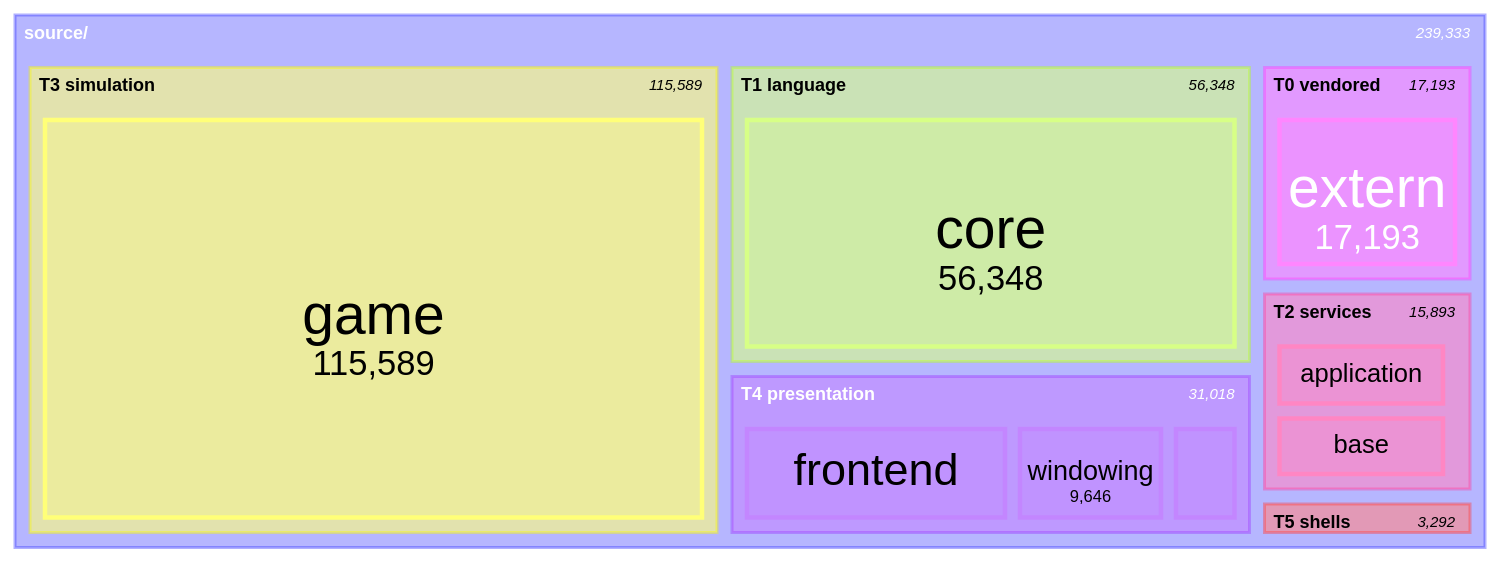
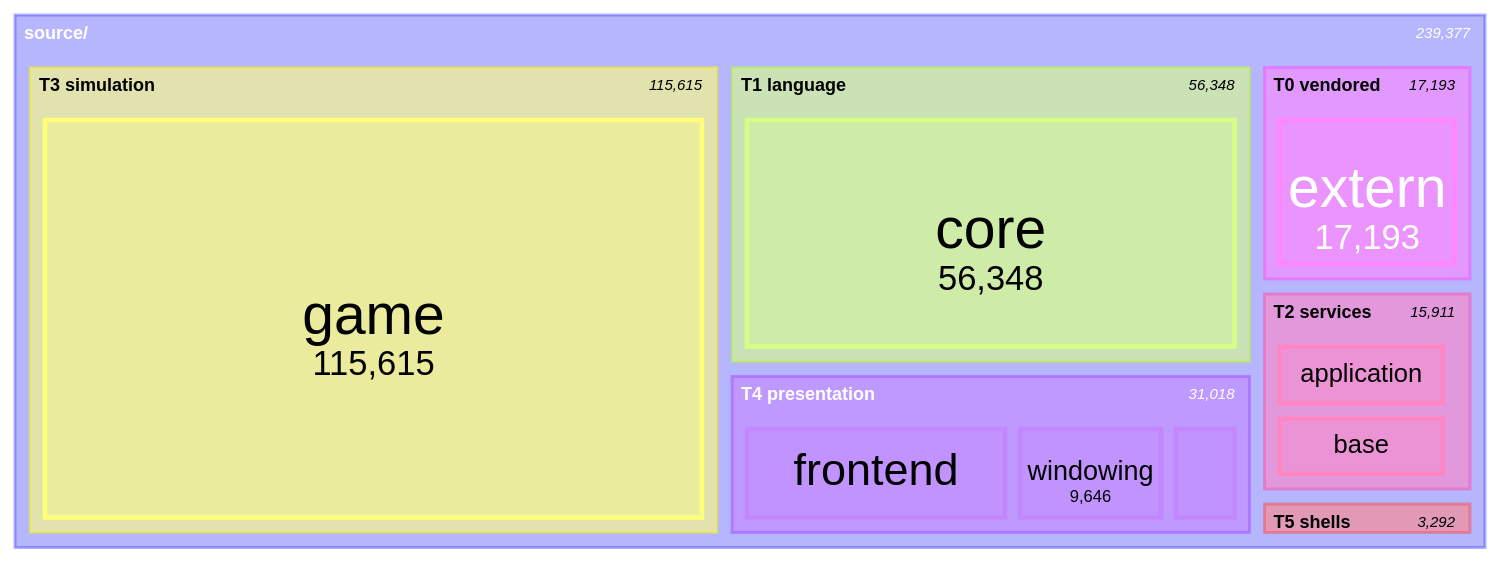
One commit to apnex/OpenStarbound changed the seventh of 11 diagrams in docs/architecture/system-boundaries.md. Above: the diagram before and after it, drawn with Mermaid. The commit also changed other lines of this file and 6 other files, not shown here.

````diff
--- a/docs/architecture/system-boundaries.md
+++ b/docs/architecture/system-boundaries.md
@@ -592,22 +592,22 @@
 ```mermaid
 treemap-beta
 "source/"
     "T0 vendored"
         "extern": 17193
     "T1 language"
         "core": 56348
     "T2 services"
-        "application": 7455
+        "application": 7473
         "base": 7449
         "metrics": 847
         "platform": 142
     "T3 simulation"
-        "game": 115589
+        "game": 115615
     "T4 presentation"
         "frontend": 16863
         "windowing": 9646
         "rendering": 4509
     "T5 shells"
         "client": 2509
         "server": 783
 ```
````
